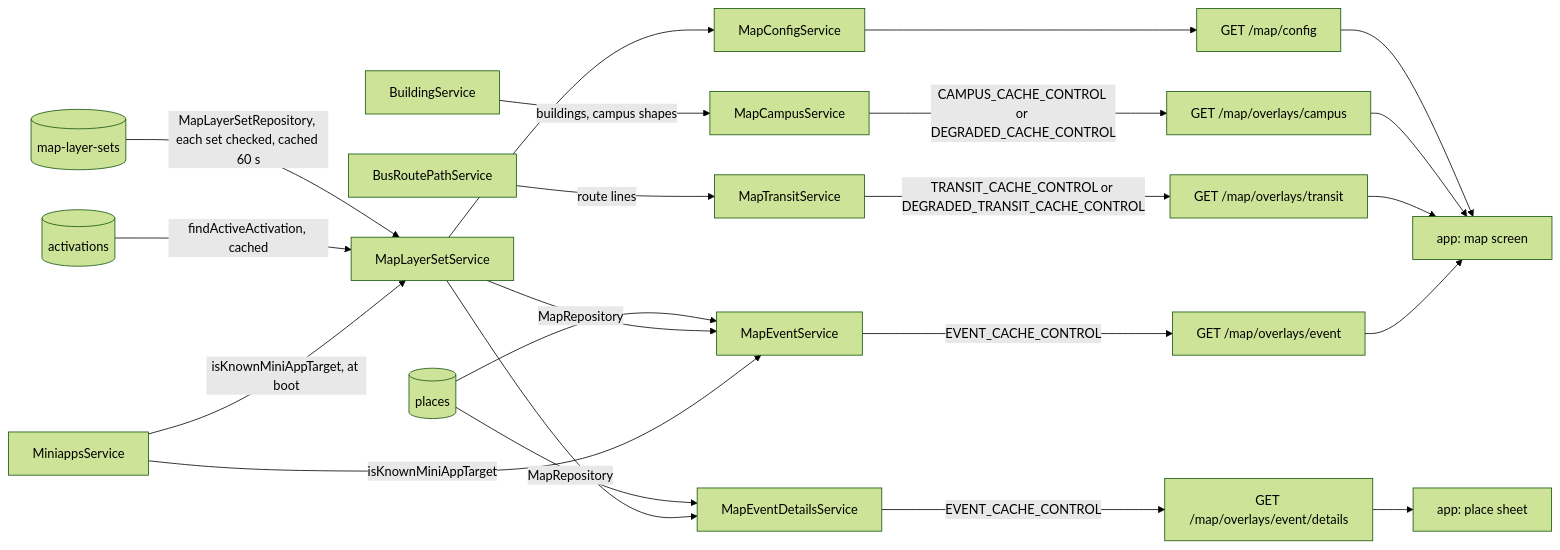
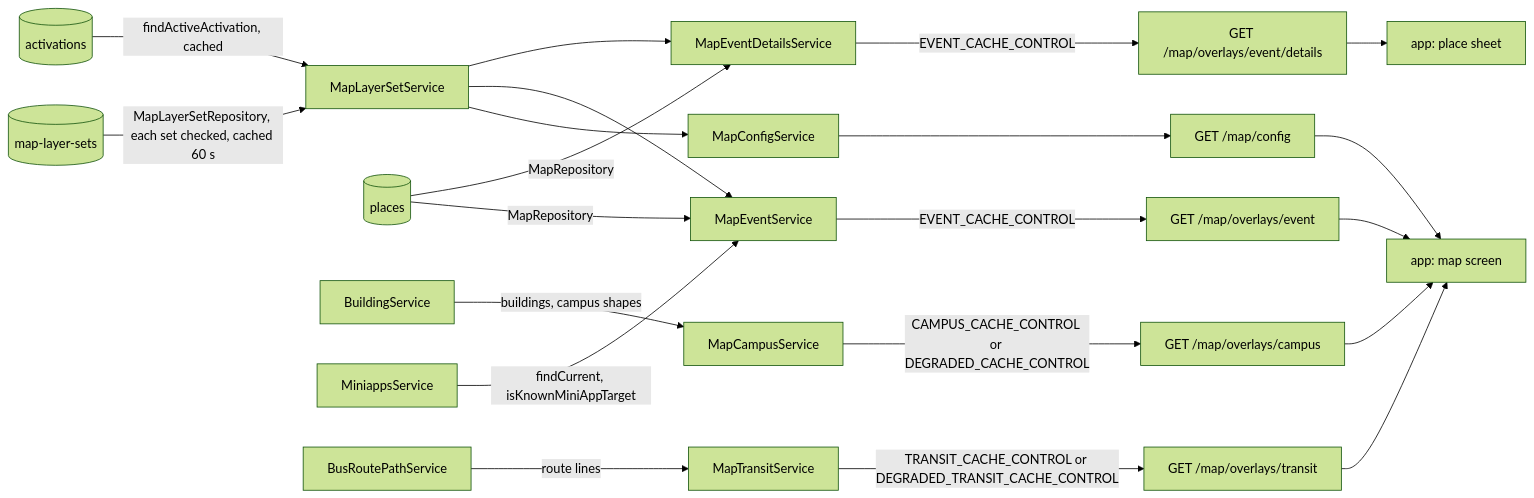
One commit to skkuverse/skkuverse-server changed the diagram in docs/explanation/map-architecture.md. Above: the diagram before and after it, drawn with Mermaid (forest theme). The commit also changed other lines of this file and 17 other files, not shown here.

Commit message:
feat(map): serve event overlays without the registry, and keep mini apps off base chips

````diff
--- a/docs/explanation/map-architecture.md
+++ b/docs/explanation/map-architecture.md
@@ -54,24 +54,23 @@
 ```mermaid
 flowchart LR
   sets[("map-layer-sets")] -->|MapLayerSetRepository, each set checked, cached 60 s| layerSet["MapLayerSetService"]
   acts[("activations")] -->|findActiveActivation, cached| layerSet
   places[("places")] -->|MapRepository| event["MapEventService"]
   places -->|MapRepository| details["MapEventDetailsService"]
   layerSet --> config["MapConfigService"]
   layerSet --> event
   layerSet --> details
   building["BuildingService"] -->|buildings, campus shapes| campus["MapCampusService"]
-  miniapps["MiniappsService"] -->|isKnownMiniAppTarget| event
-  miniapps -->|isKnownMiniAppTarget, at boot| layerSet
+  miniapps["MiniappsService"] -->|findCurrent, isKnownMiniAppTarget| event
   config --> r1["GET /map/config"]
   campus -->|CAMPUS_CACHE_CONTROL or DEGRADED_CACHE_CONTROL| r2["GET /map/overlays/campus"]
   bus["BusRoutePathService"] -->|route lines| transit["MapTransitService"]
   transit -->|TRANSIT_CACHE_CONTROL or DEGRADED_TRANSIT_CACHE_CONTROL| r5["GET /map/overlays/transit"]
   event -->|EVENT_CACHE_CONTROL| r3["GET /map/overlays/event"]
   details -->|EVENT_CACHE_CONTROL| r4["GET /map/overlays/event/details"]
   r1 --> screen["app: map screen"]
   r2 --> screen
   r5 --> screen
   r3 --> screen
   r4 --> sheet["app: place sheet"]
 ```
````
